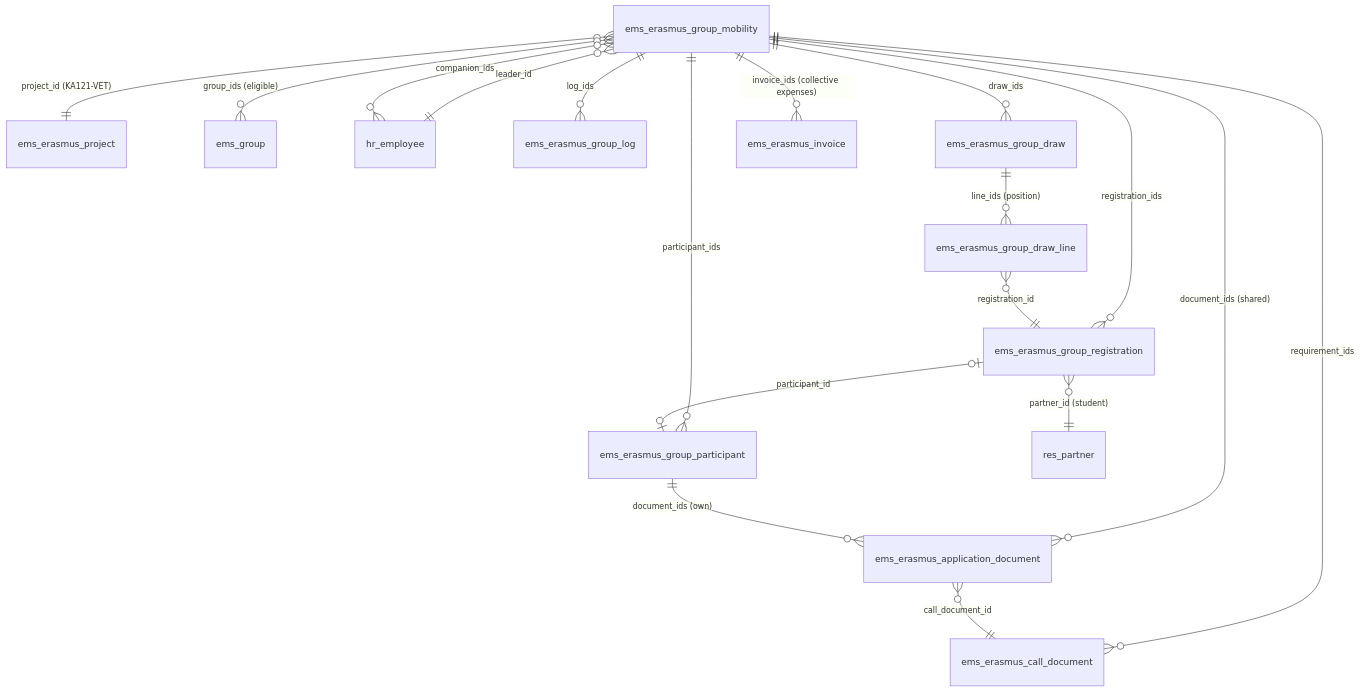
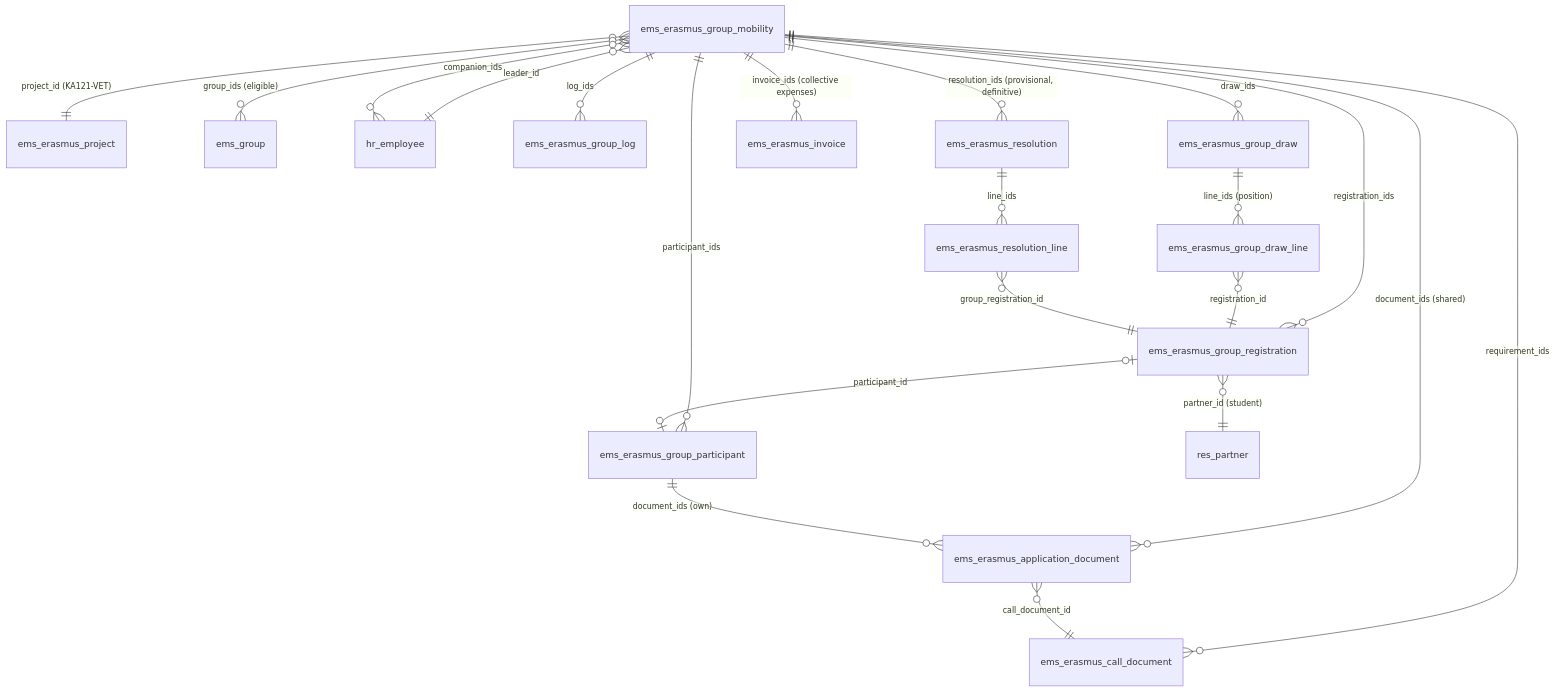
One commit to ElPuig/EMS changed the diagram in docs/en/developers/erasmus/group_mobility.md. Above: the diagram before and after it, drawn with Mermaid. The commit also changed other lines of this file and 28 other files, not shown here.

````diff
--- a/docs/en/developers/erasmus/group_mobility.md
+++ b/docs/en/developers/erasmus/group_mobility.md
@@ -19,20 +19,23 @@
 ```mermaid
 erDiagram
     ems_erasmus_group_mobility }o--|| ems_erasmus_project : "project_id (KA121-VET)"
     ems_erasmus_group_mobility }o--o{ ems_group : "group_ids (eligible)"
     ems_erasmus_group_mobility }o--|| hr_employee : "leader_id"
     ems_erasmus_group_mobility }o--o{ hr_employee : "companion_ids"
     ems_erasmus_group_mobility ||--o{ ems_erasmus_group_registration : "registration_ids"
     ems_erasmus_group_mobility ||--o{ ems_erasmus_group_participant : "participant_ids"
     ems_erasmus_group_mobility ||--o{ ems_erasmus_call_document : "requirement_ids"
     ems_erasmus_group_mobility ||--o{ ems_erasmus_application_document : "document_ids (shared)"
     ems_erasmus_group_mobility ||--o{ ems_erasmus_group_log : "log_ids"
     ems_erasmus_group_mobility ||--o{ ems_erasmus_group_draw : "draw_ids"
     ems_erasmus_group_draw ||--o{ ems_erasmus_group_draw_line : "line_ids (position)"
     ems_erasmus_group_draw_line }o--|| ems_erasmus_group_registration : "registration_id"
     ems_erasmus_group_mobility ||--o{ ems_erasmus_invoice : "invoice_ids (collective expenses)"
+    ems_erasmus_group_mobility ||--o{ ems_erasmus_resolution : "resolution_ids (provisional, definitive)"
+    ems_erasmus_resolution ||--o{ ems_erasmus_resolution_line : "line_ids"
+    ems_erasmus_resolution_line }o--|| ems_erasmus_group_registration : "group_registration_id"
     ems_erasmus_group_registration }o--|| res_partner : "partner_id (student)"
     ems_erasmus_group_registration |o--o| ems_erasmus_group_participant : "participant_id"
     ems_erasmus_group_participant ||--o{ ems_erasmus_application_document : "document_ids (own)"
     ems_erasmus_application_document }o--|| ems_erasmus_call_document : "call_document_id"
 ```
````
